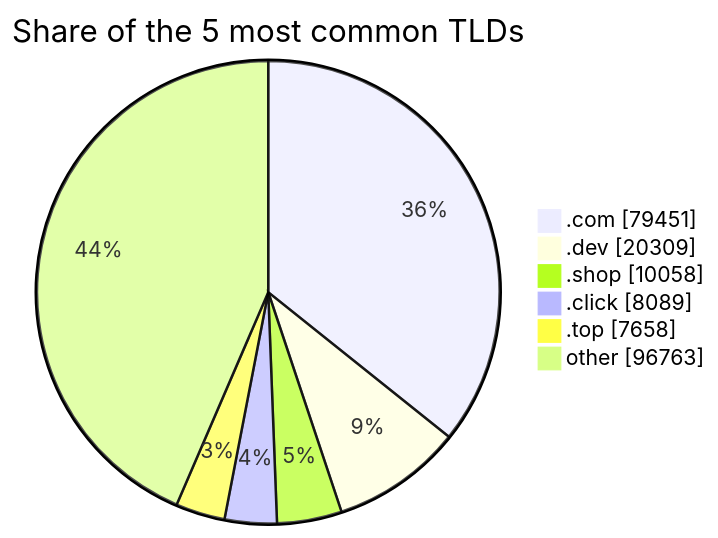
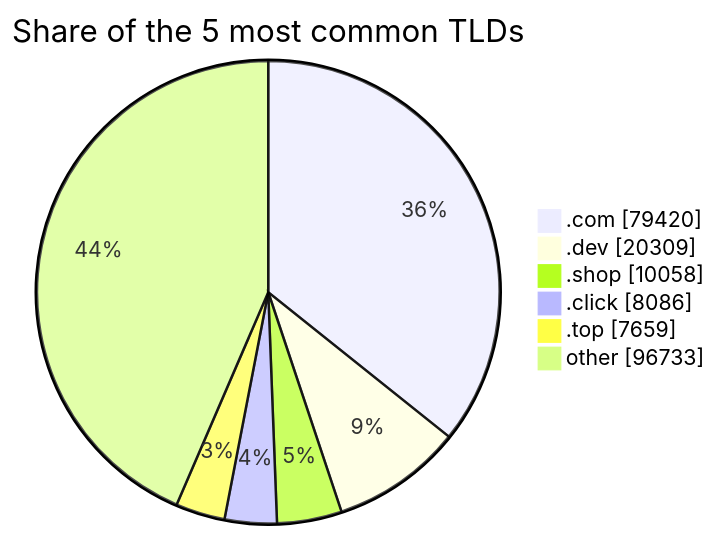
One commit to DNSBunker/CTI changed the third of 3 diagrams in README.md. Above: the diagram before and after it, drawn with Mermaid. The commit also changed other lines of this file and 3 other files, not shown here.

````diff
--- a/README.md
+++ b/README.md
@@ -81,9 +81,9 @@
 ```mermaid
 pie showData title Share of the 5 most common TLDs
-    ".com" : 79451
+    ".com" : 79420
     ".dev" : 20309
     ".shop" : 10058
-    ".click" : 8089
-    ".top" : 7658
-    "other" : 96763
+    ".click" : 8086
+    ".top" : 7659
+    "other" : 96733
 ```
````
